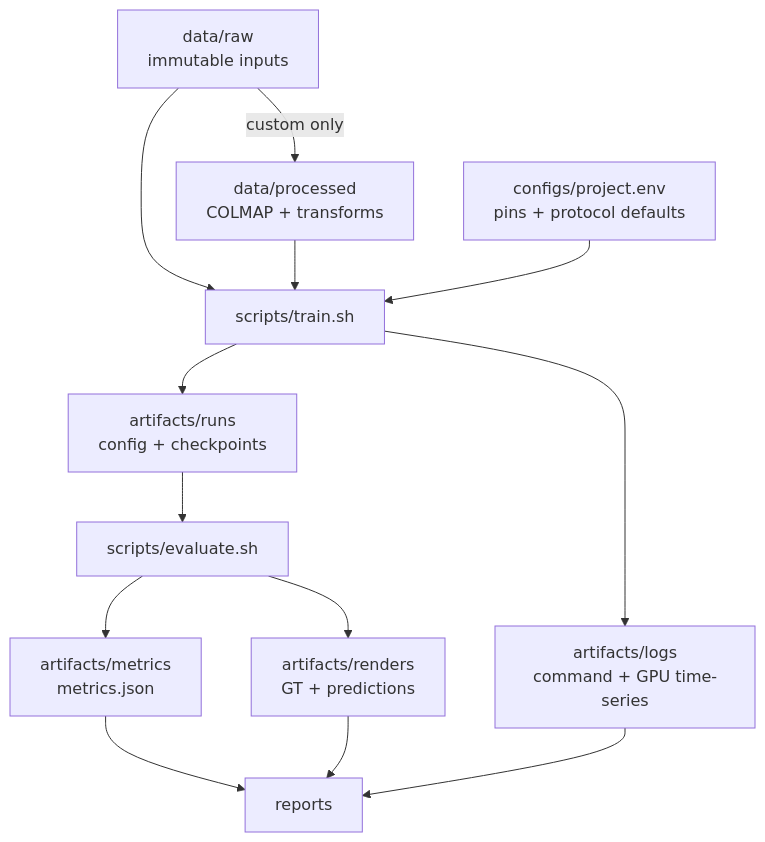
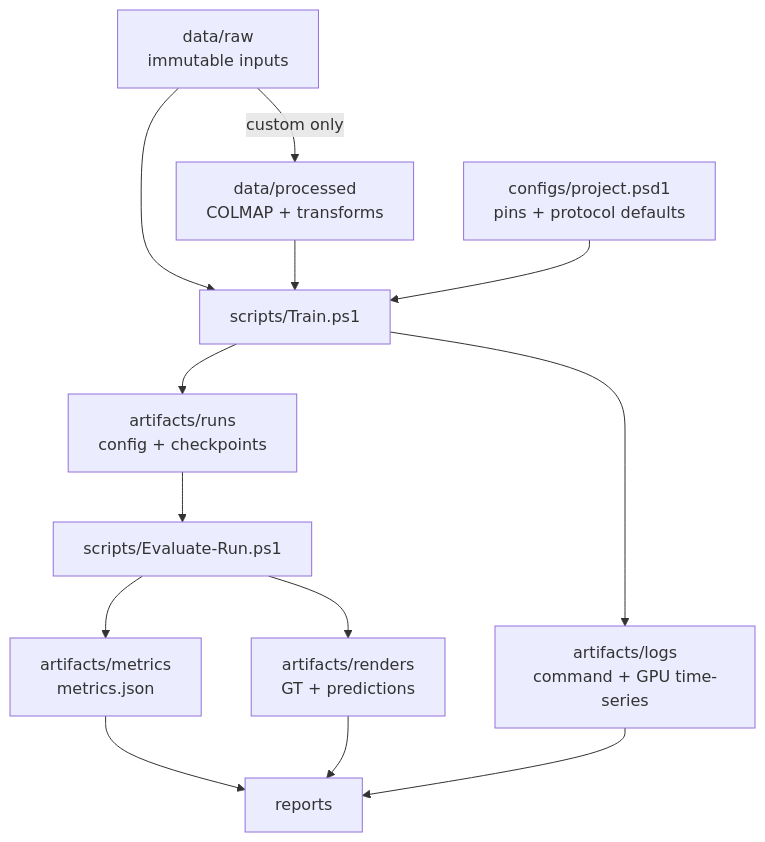
The second of 2 diagrams in Construction_architect.md (HelcurtLordno1/Photos_to_3d-NeRF-and-guassian-splatting), drawn with Mermaid before and after one commit. The commit also changed other lines of this file and 37 other files, not shown here.

````diff
--- a/Construction_architect.md
+++ b/Construction_architect.md
@@ -182,15 +186,15 @@
 ```mermaid
 flowchart TD
     RAW[data/raw\nimmutable inputs] -->|custom only| PROC[data/processed\nCOLMAP + transforms]
-    RAW --> TRAIN[scripts/train.sh]
+    RAW --> TRAIN[scripts/Train.ps1]
     PROC --> TRAIN
-    CFG[configs/project.env\npins + protocol defaults] --> TRAIN
+    CFG[configs/project.psd1\npins + protocol defaults] --> TRAIN
     TRAIN --> RUN[artifacts/runs\nconfig + checkpoints]
     TRAIN --> LOG[artifacts/logs\ncommand + GPU time-series]
-    RUN --> EVAL[scripts/evaluate.sh]
+    RUN --> EVAL[scripts/Evaluate-Run.ps1]
     EVAL --> MET[artifacts/metrics\nmetrics.json]
     EVAL --> REN[artifacts/renders\nGT + predictions]
     MET --> REP[reports]
     REN --> REP
     LOG --> REP
 ```
````
